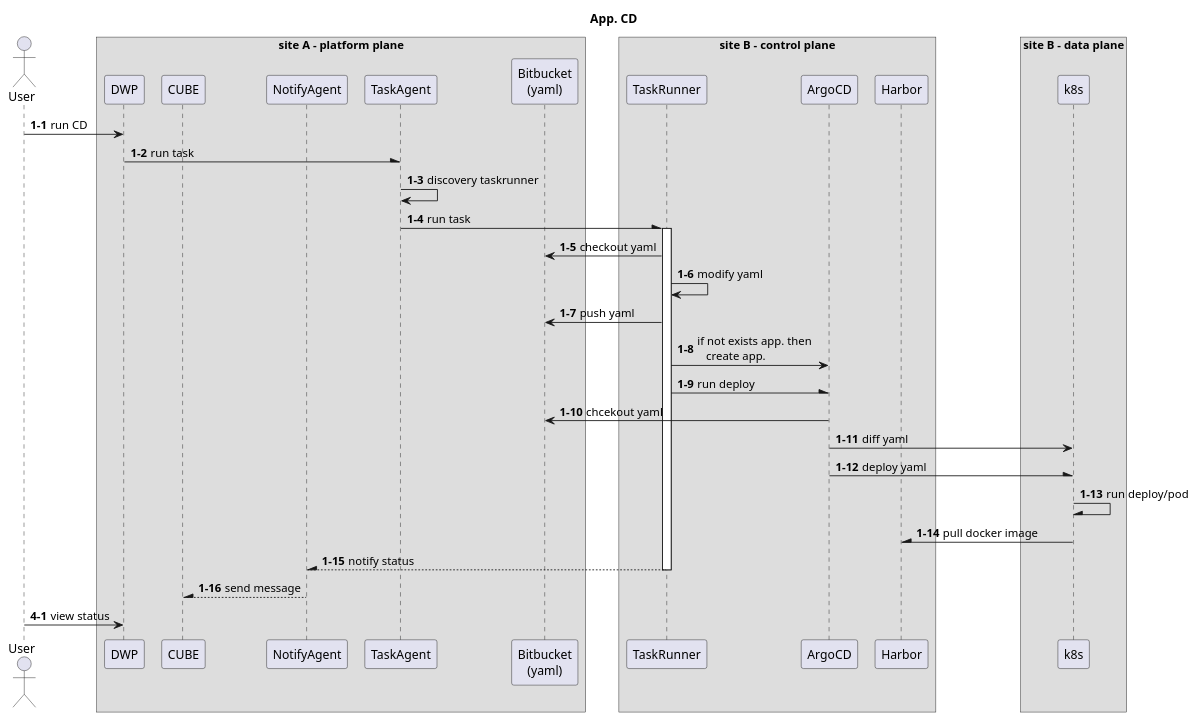
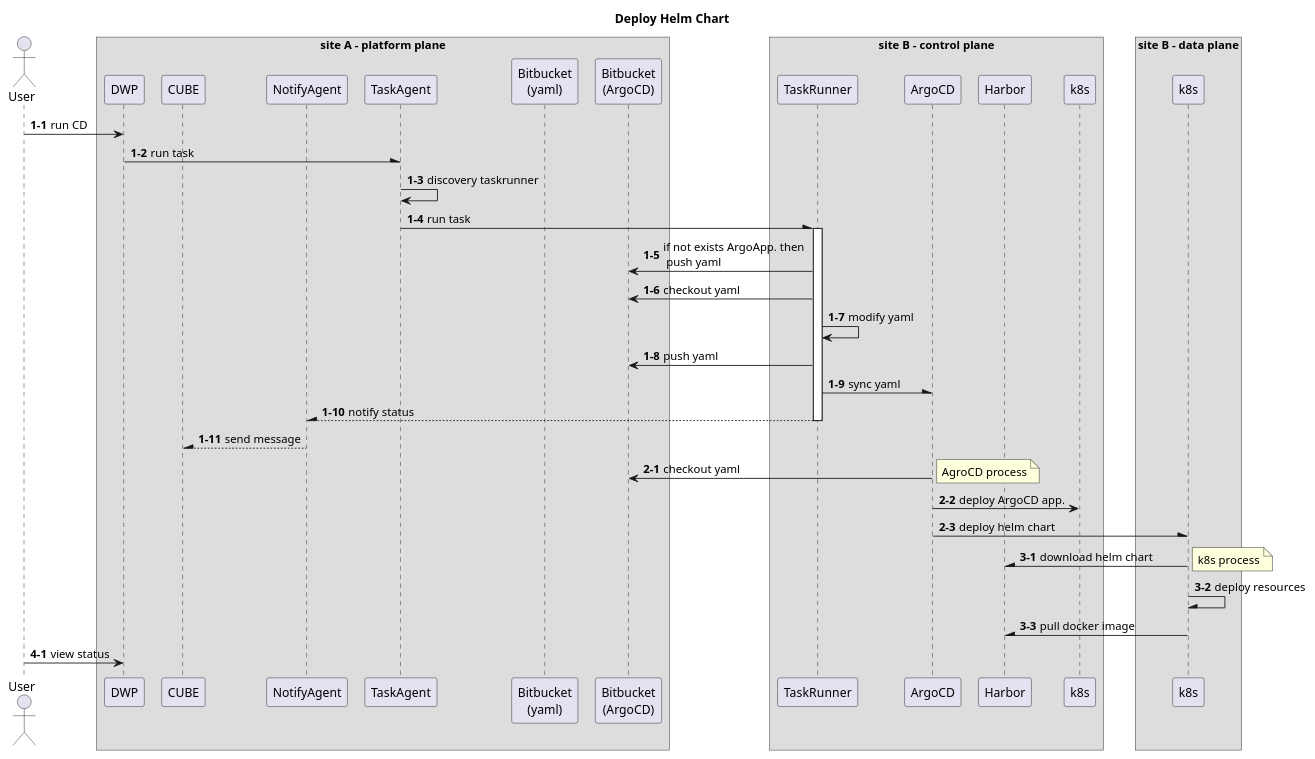
The ninth of 13 diagrams in docs/src/multi-cloud/diagram.md (htdp1/am-arch), drawn with PlantUML before and after one commit. The commit also changed other lines of this file, not shown here.

Commit message:
modify diagram 1411

```diff
--- a/docs/src/multi-cloud/diagram.md
+++ b/docs/src/multi-cloud/diagram.md
@@ -313,48 +408,59 @@
 @startuml
 
 scale 1
 skinparam ParticipantPadding 5
 skinparam BoxPadding 5
-title "App. CD"
+title "Deploy Helm Chart"
 
 actor User
 box "site A - platform plane"
     participant DWP
     participant CUBE
     participant NotifyAgent
     participant TaskAgent
     participant "Bitbucket\n(yaml)" as yaml
+    participant "Bitbucket\n(ArgoCD)" as argoyaml
 end box
 box "site B - control plane"
     participant TaskRunner
     participant ArgoCD
     participant Harbor
+    participant k8s as k8sc
 end box
 box "site B - data plane"
     participant k8s
 end box
 
 autonumber 1-1
 User -> DWP : run CD
 DWP -\ TaskAgent : run task
 TaskAgent -> TaskAgent : discovery taskrunner
 TaskAgent -\ TaskRunner : run task
 activate TaskRunner
-TaskRunner -> yaml : checkout yaml
+
+TaskRunner -> argoyaml : if not exists ArgoApp. then \n push yaml
+TaskRunner -> argoyaml : checkout yaml
 TaskRunner -> TaskRunner : modify yaml
-TaskRunner -> yaml : push yaml
-TaskRunner -> ArgoCD : if not exists app. then \n   create app.
-TaskRunner -\ ArgoCD : run deploy
-ArgoCD -> yaml : chcekout yaml
-ArgoCD -> k8s : diff yaml
-ArgoCD -\ k8s : deploy yaml
-k8s -\ k8s : run deploy/pod
-k8s -\ Harbor : pull docker image
+TaskRunner -> argoyaml : push yaml
+TaskRunner -\ ArgoCD : sync yaml
+
 TaskRunner --\ NotifyAgent : notify status
 deactivate TaskRunner
 NotifyAgent --\ CUBE : send message
+
+autonumber 2-1
+ArgoCD -> argoyaml : checkout yaml
+note right : AgroCD process
+ArgoCD -> k8sc : deploy ArgoCD app.
+ArgoCD -\ k8s : deploy helm chart
+
+autonumber 3-1
+k8s -\ Harbor : download helm chart
+note right : k8s process
+k8s -\ k8s : deploy resources
+k8s -\ Harbor : pull docker image
 
 autonumber 4-1
 User -> DWP : view status
 
 @enduml
```
